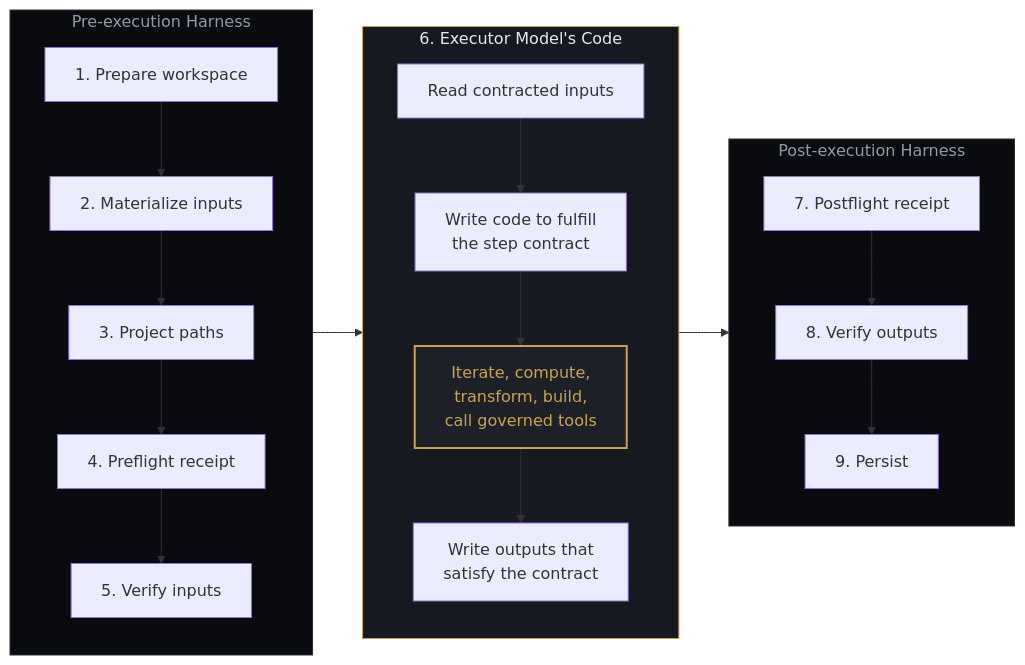
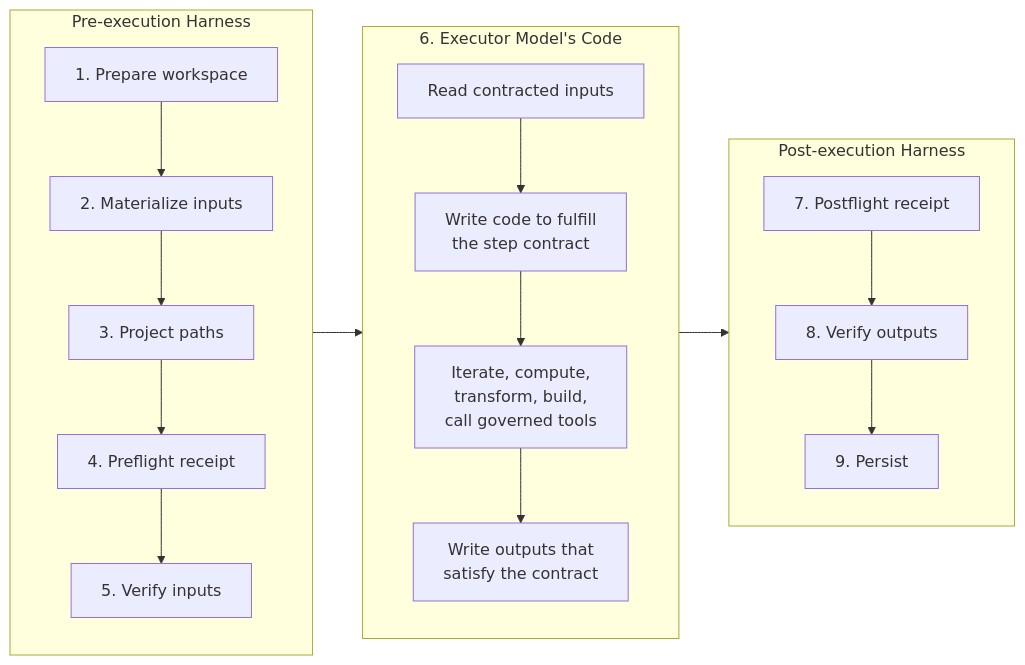
The second of 10 diagrams in docs/diagrams-draft.md (amadalis-ai/forge-architecture), drawn with Mermaid before and after one commit. The commit also changed other lines of this file, not shown here.

Commit message:
Remove custom dark styling from diagrams — use GitHub default theme for visibility

````diff
--- a/docs/diagrams-draft.md
+++ b/docs/diagrams-draft.md
@@ -47,37 +36,32 @@
 ```mermaid
 flowchart LR
     subgraph PRE["Pre-execution Harness"]
         direction TB
         H1["1. Prepare workspace"]
         H2["2. Materialize inputs"]
         H3["3. Project paths"]
         H4["4. Preflight receipt"]
         H5["5. Verify inputs"]
         H1 --> H2 --> H3 --> H4 --> H5
     end
 
     subgraph EXEC["6. Executor Model's Code"]
         direction TB
         E1["Read contracted inputs"]
         E2["Write code to fulfill\nthe step contract"]
         E3["Iterate, compute,\ntransform, build,\ncall governed tools"]
         E4["Write outputs that\nsatisfy the contract"]
 
         E1 --> E2 --> E3 --> E4
     end
 
     subgraph POST["Post-execution Harness"]
         direction TB
         H7["7. Postflight receipt"]
         H8["8. Verify outputs"]
         H9["9. Persist"]
         H7 --> H8 --> H9
     end
 
     PRE --> EXEC --> POST
-
-    style PRE fill:#0a0b0f,stroke:#2a2d38,color:#9498a8
-    style EXEC fill:#161920,stroke:#c8a44e,color:#e8e9ed
-    style POST fill:#0a0b0f,stroke:#2a2d38,color:#9498a8
-    style E3 fill:#1e2028,stroke:#c8a44e,color:#c8a44e,stroke-width:2px
 ```
````
